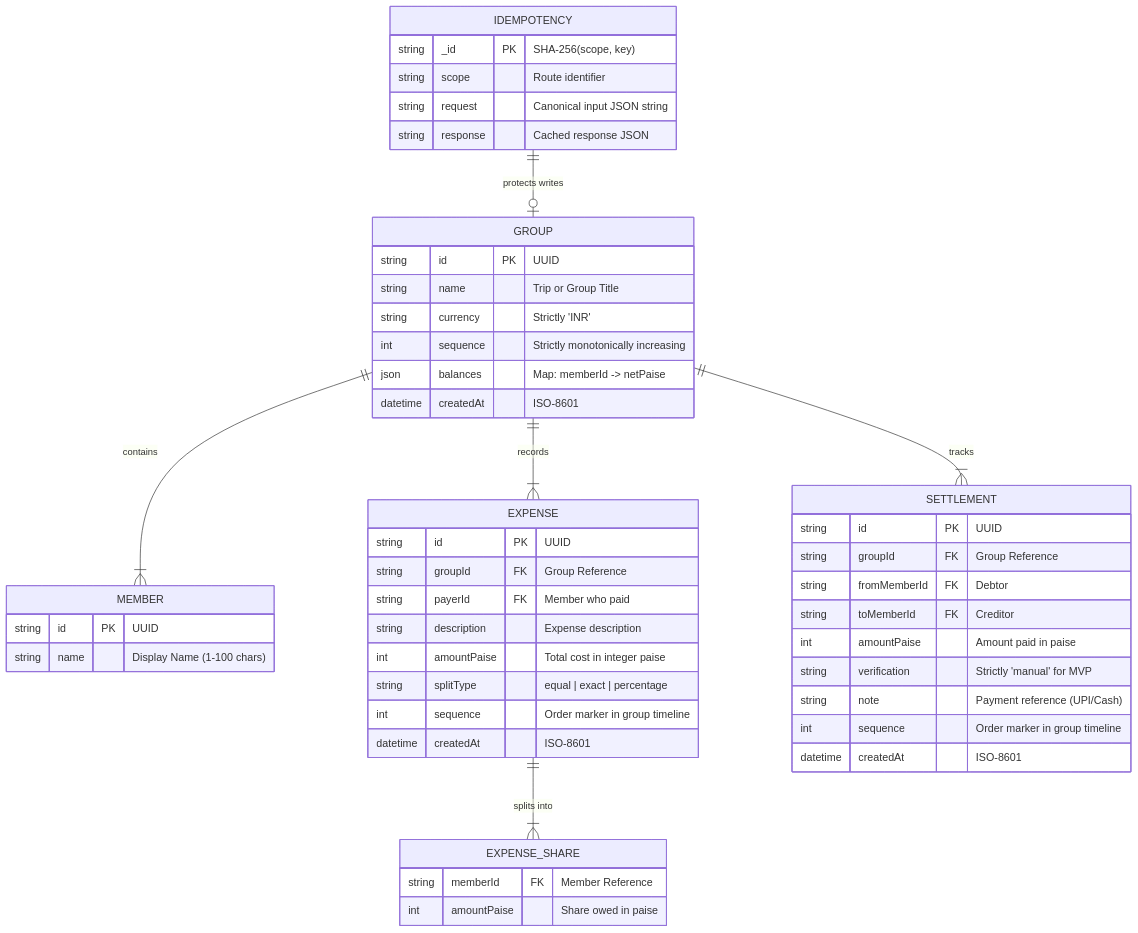
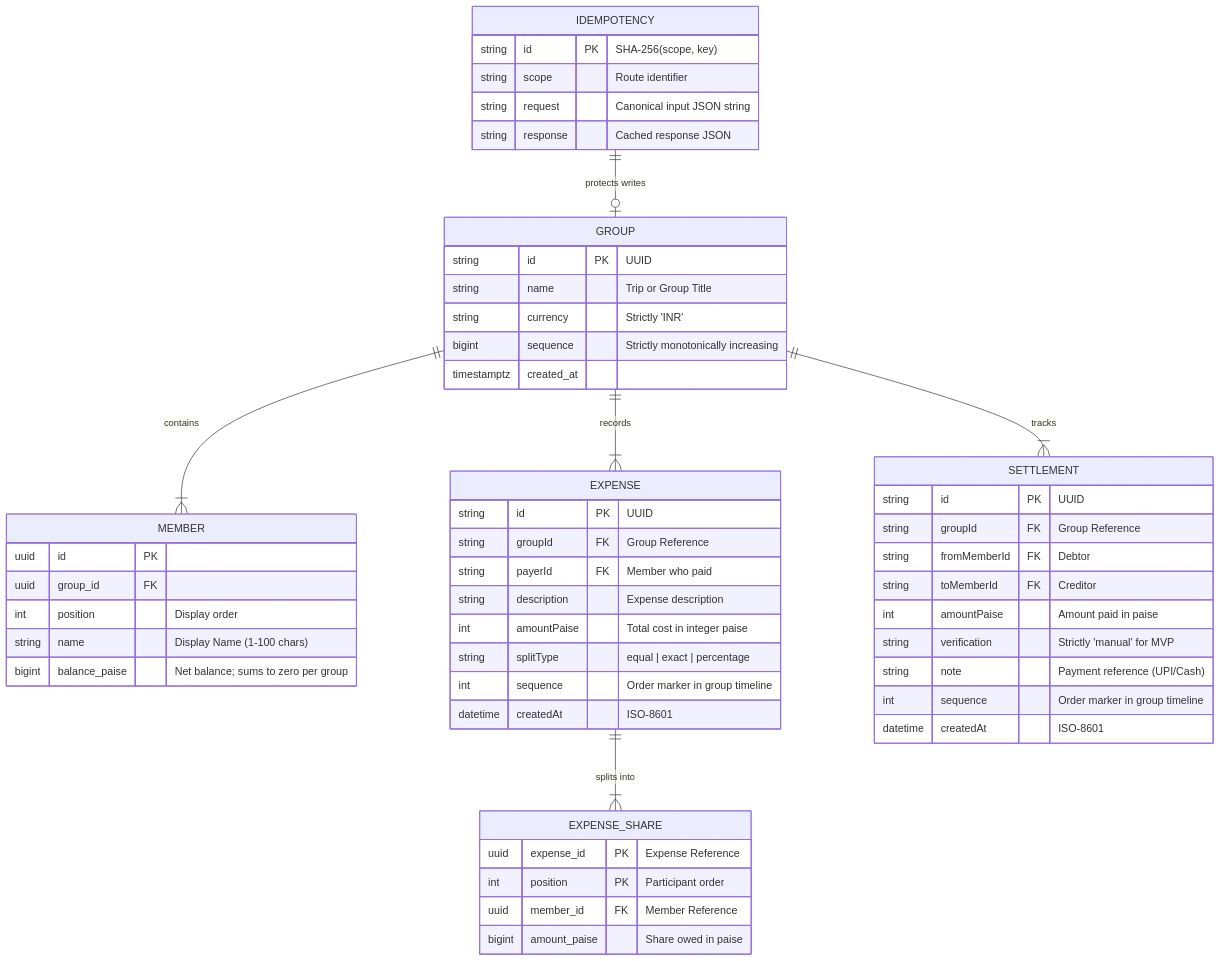
Before and after one commit to sourabhbagrecha/ghoomMates: the second of 3 diagrams in backend/docs/expenses-architecture.md, drawn with Mermaid. The commit also changed other lines of this file and 30 other files, not shown here.

````diff
--- a/backend/docs/expenses-architecture.md
+++ b/backend/docs/expenses-architecture.md
@@ -59,57 +59,61 @@
 ```mermaid
 erDiagram
     GROUP ||--|{ MEMBER : "contains"
     GROUP ||--|{ EXPENSE : "records"
     GROUP ||--|{ SETTLEMENT : "tracks"
     EXPENSE ||--|{ EXPENSE_SHARE : "splits into"
     IDEMPOTENCY ||--o| GROUP : "protects writes"
 
     GROUP {
         string id PK "UUID"
         string name "Trip or Group Title"
         string currency "Strictly 'INR'"
-        int sequence "Strictly monotonically increasing"
-        json balances "Map: memberId -> netPaise"
-        datetime createdAt "ISO-8601"
+        bigint sequence "Strictly monotonically increasing"
+        timestamptz created_at
     }
 
     MEMBER {
-        string id PK "UUID"
+        uuid id PK
+        uuid group_id FK
+        int position "Display order"
         string name "Display Name (1-100 chars)"
+        bigint balance_paise "Net balance; sums to zero per group"
     }
 
     EXPENSE {
         string id PK "UUID"
         string groupId FK "Group Reference"
         string payerId FK "Member who paid"
         string description "Expense description"
         int amountPaise "Total cost in integer paise"
         string splitType "equal | exact | percentage"
         int sequence "Order marker in group timeline"
         datetime createdAt "ISO-8601"
     }
 
     EXPENSE_SHARE {
-        string memberId FK "Member Reference"
-        int amountPaise "Share owed in paise"
+        uuid expense_id PK "Expense Reference"
+        int position PK "Participant order"
+        uuid member_id FK "Member Reference"
+        bigint amount_paise "Share owed in paise"
     }
 
     SETTLEMENT {
         string id PK "UUID"
         string groupId FK "Group Reference"
         string fromMemberId FK "Debtor"
         string toMemberId FK "Creditor"
         int amountPaise "Amount paid in paise"
         string verification "Strictly 'manual' for MVP"
         string note "Payment reference (UPI/Cash)"
         int sequence "Order marker in group timeline"
         datetime createdAt "ISO-8601"
     }
 
     IDEMPOTENCY {
-        string _id PK "SHA-256(scope, key)"
+        string id PK "SHA-256(scope, key)"
         string scope "Route identifier"
         string request "Canonical input JSON string"
         string response "Cached response JSON"
     }
 ```
````
